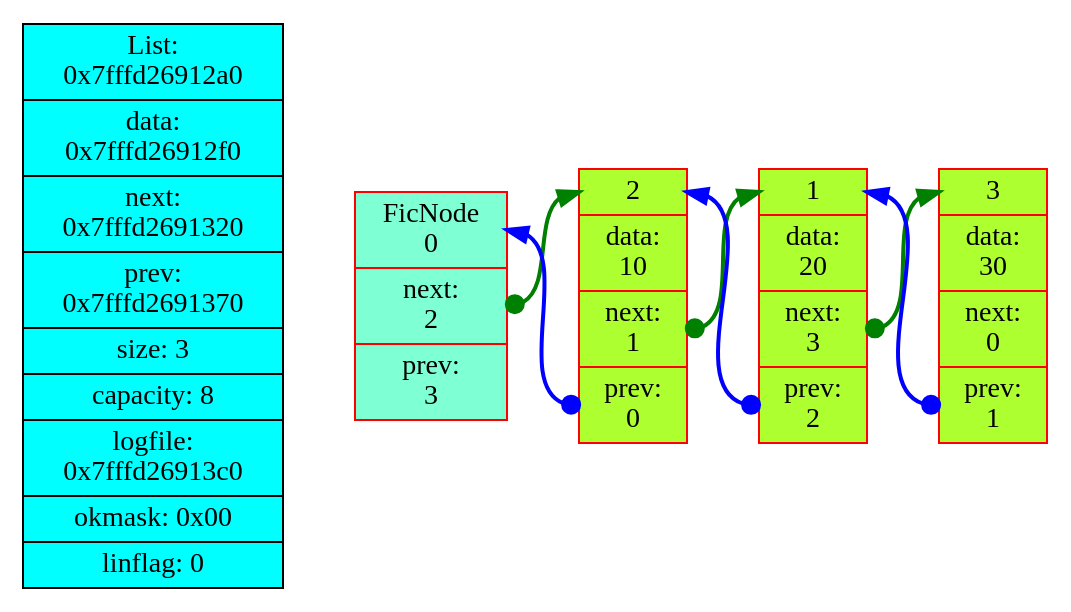
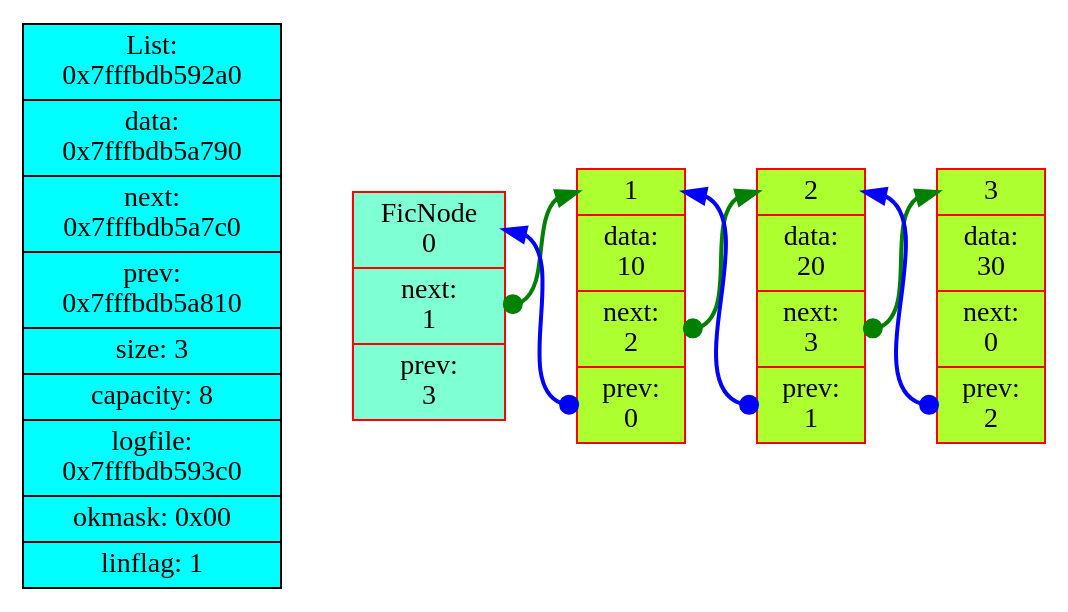
The diagram in logs/graph_dump.dot (LegendaryHog/List), drawn with Graphviz before and after one commit. The commit also changed 4 other files, not shown here.

```diff
--- a/logs/graph_dump.dot
+++ b/logs/graph_dump.dot
@@ -1,19 +1,19 @@
 digraph G{
 	rankdir=LR;
 	node[color="red",shape=record];
-	LIST [color=black, style=filled, fillcolor=aqua, label=" List:\n0x7fffd26912a0 |  data:\n0x7fffd26912f0 | next:\n0x7fffd2691320 | prev:\n0x7fffd2691370 | size: 3 | capacity: 8 | logfile:\n0x7fffd26913c0 | okmask: 0x00 | linflag: 0 "];
-	NODE0 [label=" <elem0> FicNode\n 0 |  <next0>  next:\n 2 | <prev0> prev:\n 3 "style=filled, fillcolor=aquamarine];
-	NODE1 [label=" <elem1>  2 | data:\n 10 | <next1>  next:\n 1 | <prev1> prev:\n 0 "style=filled, fillcolor=greenyellow];
-	NODE2 [label=" <elem2>  1 | data:\n 20 | <next2>  next:\n 3 | <prev2> prev:\n 2 "style=filled, fillcolor=greenyellow];
-	NODE3 [label=" <elem3>  3 | data:\n 30 | <next3>  next:\n 0 | <prev3> prev:\n 1 "style=filled, fillcolor=greenyellow];
+	LIST [color=black, style=filled, fillcolor=aqua, label=" List:\n0x7fffbdb592a0 |  data:\n0x7fffbdb5a790 | next:\n0x7fffbdb5a7c0 | prev:\n0x7fffbdb5a810 | size: 3 | capacity: 8 | logfile:\n0x7fffbdb593c0 | okmask: 0x00 | linflag: 1 "];
+	NODE0 [label=" <elem0> FicNode\n 0 |  <next0>  next:\n 1 | <prev0> prev:\n 3 "style=filled, fillcolor=aquamarine];
+	NODE1 [label=" <elem1>  1 | data:\n 10 | <next1>  next:\n 2 | <prev1> prev:\n 0 "style=filled, fillcolor=greenyellow];
+	NODE2 [label=" <elem2>  2 | data:\n 20 | <next2>  next:\n 3 | <prev2> prev:\n 1 "style=filled, fillcolor=greenyellow];
+	NODE3 [label=" <elem3>  3 | data:\n 30 | <next3>  next:\n 0 | <prev3> prev:\n 2 "style=filled, fillcolor=greenyellow];
 	LIST -> NODE0[color=invis];
 	NODE0 -> NODE1 [color=invis];
 	NODE1 -> NODE2 [color=invis];
 	NODE2 -> NODE3 [color=invis];
 	NODE0:<next0> -> NODE1:<elem1>[color=green, dir=both, arrowhead=normal, arrowtail=dot, style="bold"];
 	NODE1:<next1> -> NODE2:<elem2>[color=green, dir=both, arrowhead=normal, arrowtail=dot, style="bold"];
 	NODE2:<next2> -> NODE3:<elem3>[color=green, dir=both, arrowhead=normal, arrowtail=dot, style="bold"];
 	NODE1:<prev1> -> NODE0:<elem0>[color=blue, dir=both, arrowhead=normal, arrowtail=dot, style="bold"];
 	NODE2:<prev2> -> NODE1:<elem1>[color=blue, dir=both, arrowhead=normal, arrowtail=dot, style="bold"];
 	NODE3:<prev3> -> NODE2:<elem2>[color=blue, dir=both, arrowhead=normal, arrowtail=dot, style="bold"];
 }
```
